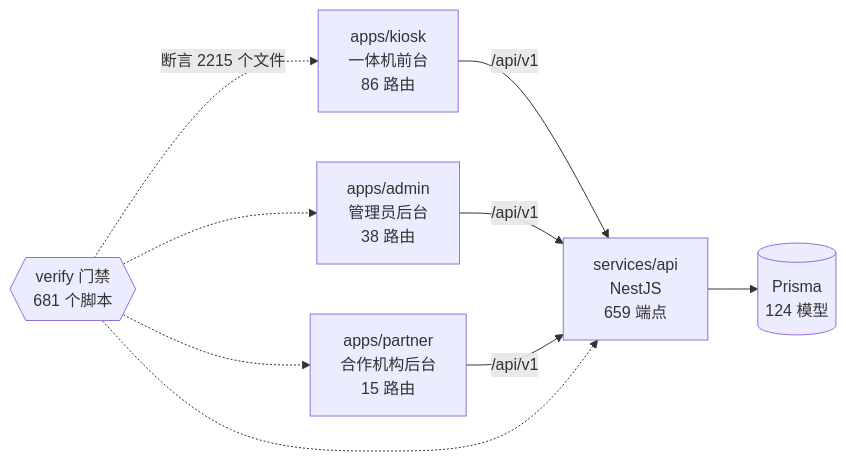
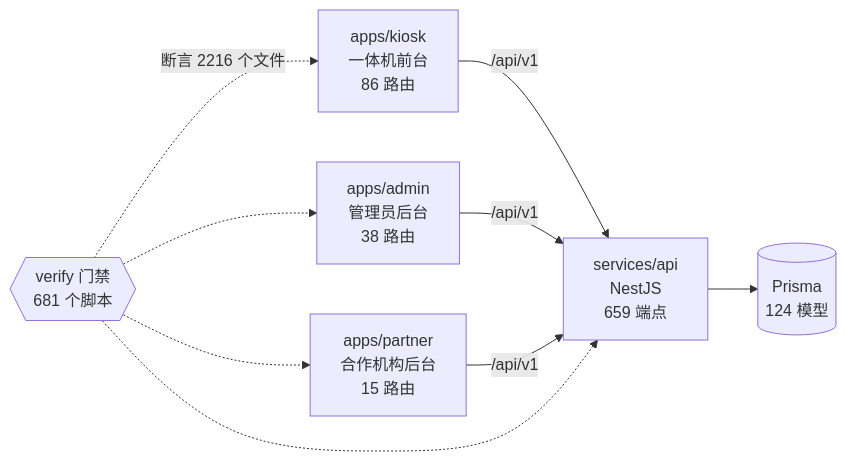
The diagram in docs/graph/README.md (wanglei581/YITIJI), drawn with Mermaid before and after one commit. The commit also changed other lines of this file and 2 other files, not shown here.

Commit message:
图谱：文案门禁登记付款屏说明之后再算一次（P1e）

````diff
--- a/docs/graph/README.md
+++ b/docs/graph/README.md
@@ -68,18 +68,18 @@
 ```mermaid
 flowchart LR
   kiosk["apps/kiosk<br/>一体机前台<br/>86 路由"]
   admin["apps/admin<br/>管理员后台<br/>38 路由"]
   partner["apps/partner<br/>合作机构后台<br/>15 路由"]
   api["services/api<br/>NestJS<br/>659 端点"]
   db[("Prisma<br/>124 模型")]
   gates{{"verify 门禁<br/>681 个脚本"}}
 
   kiosk -->|"/api/v1"| api
   admin -->|"/api/v1"| api
   partner -->|"/api/v1"| api
   api --> db
-  gates -.->|"断言 2215 个文件"| kiosk
+  gates -.->|"断言 2216 个文件"| kiosk
   gates -.-> admin
   gates -.-> partner
   gates -.-> api
 ```
````
